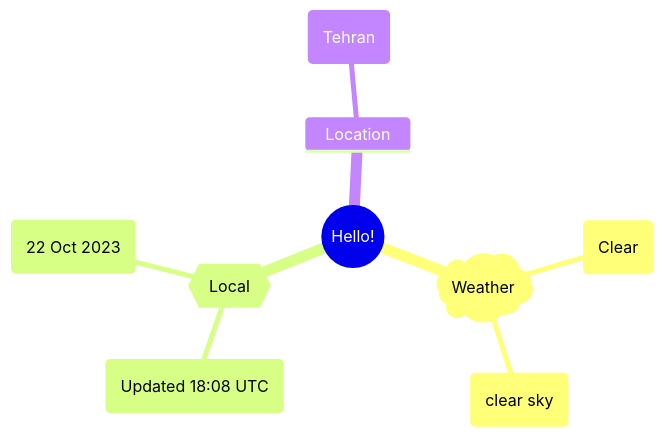
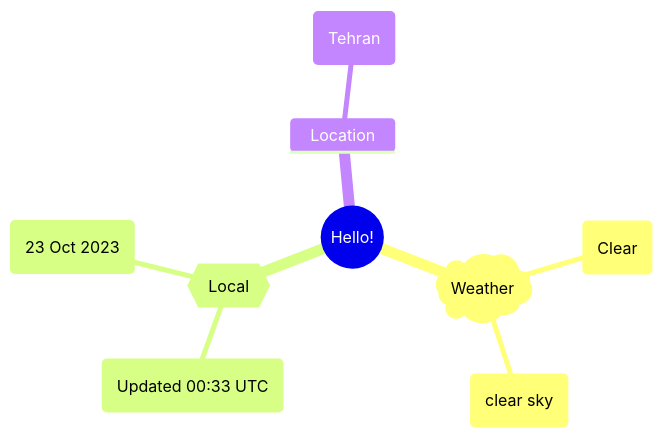
One commit to Xosrov/Xosrov changed the first of 2 diagrams in README.md. Above: the diagram before and after it, drawn with Mermaid.

Commit message:
[bot] updated images

````diff
--- a/README.md
+++ b/README.md
@@ -3,12 +3,12 @@
 ```mermaid
 mindmap
   root((Hello!))
     )Weather(
         (Clear)
         (clear sky)
     {{Local}}
-        (Updated 18:08 UTC)
-        (22 Oct 2023)
+        (Updated 00:33 UTC)
+        (23 Oct 2023)
     Location
         (Tehran)
 ```
````
